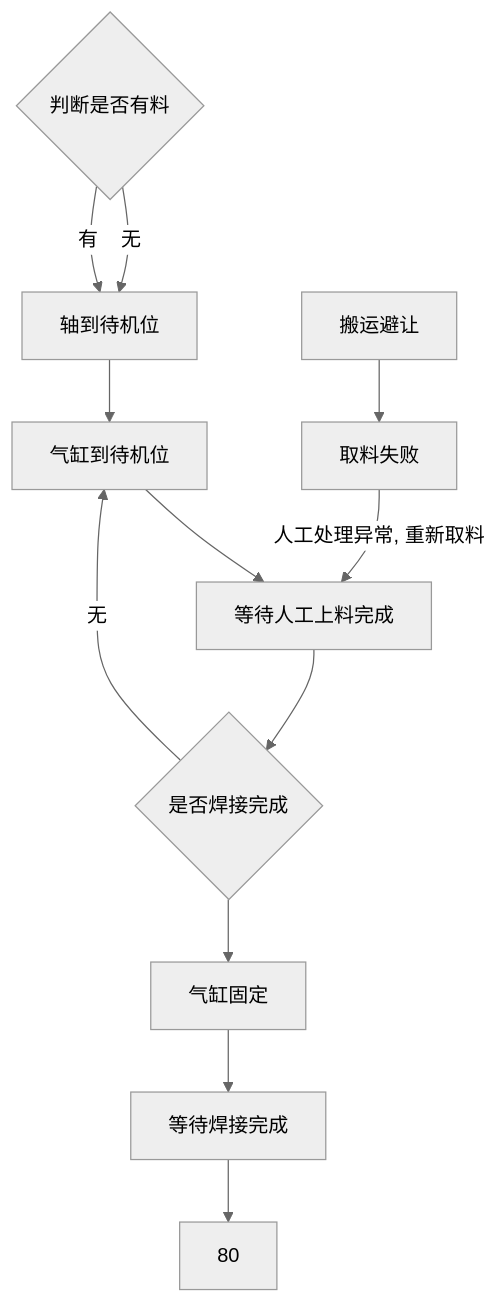
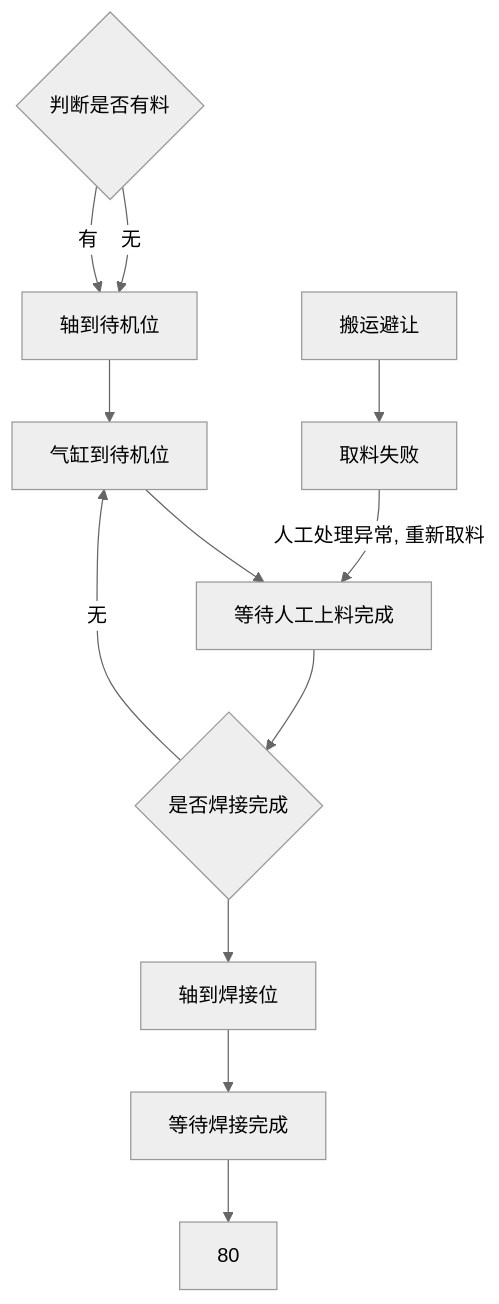
Before and after one commit to PengKun1/iodraw-files: the diagram in all/OP10 上料工位自动流程.md, drawn with Mermaid (neutral theme).

Commit message:
2024-08-02 11:00:15 update

````diff
--- a/all/OP10 上料工位自动流程.md
+++ b/all/OP10 上料工位自动流程.md
@@ -1,20 +1,20 @@
 ```mermaid
 graph TD
 10{判断是否有料}-->|无|20
 10-->|有|20
 20[轴到待机位]-->30
 30[气缸到待机位]-->40
 40[等待人工上料完成]-->50
-60[气缸固定]-->70
-50[轴到焊接位]-->60
+50[气缸固定]-->60
+60[轴到焊接位]-->70
 
 70[等待焊接完成]-->80
 
 50{是否焊接完成}-->|无|30
 
 
 
 90[搬运避让]-->900
 
 900[取料失败]-->|人工处理异常, 重新取料|40
 ```
````
